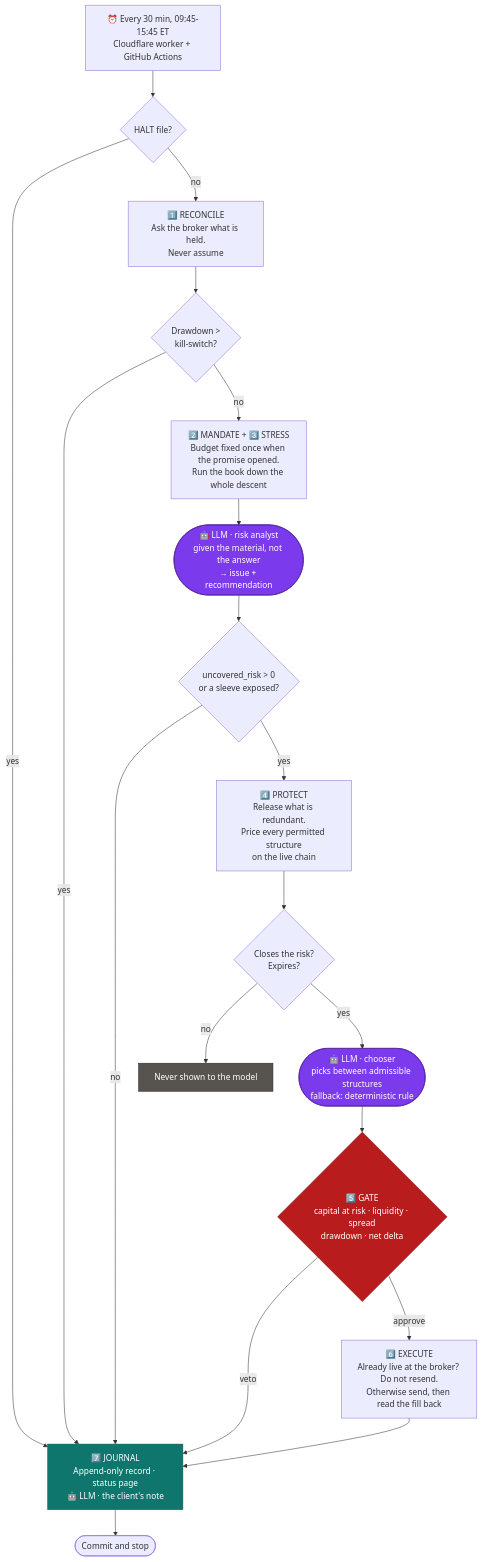
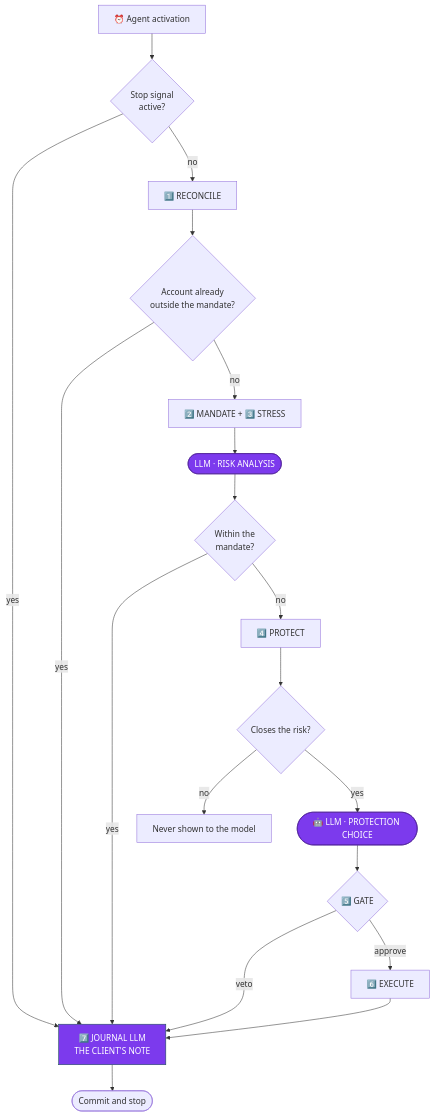
One commit to ol1ak5/Drawdown-Guard changed the diagram in README.md. Above: the diagram before and after it, drawn with Mermaid. The commit also changed other lines of this file, not shown here.

First line of the commit message:
README: fix the diagram, and put the day it worked in it

````diff
--- a/README.md
+++ b/README.md
@@ -293,36 +71,34 @@
 ```mermaid
 flowchart TD
-    CRON["⏰ Every 30 min, 09:45-15:45 ET<br/>Cloudflare worker + GitHub Actions"] --> HALT{HALT file?}
+    CRON["⏰ Agent activation"] --> HALT{Stop signal<br/>active?}
     HALT -- yes --> JOURNAL
     HALT -- no --> RECONCILE
 
-    RECONCILE["1️⃣ RECONCILE<br/>Ask the broker what is held.<br/>Never assume"] --> KILL{Drawdown ><br/>kill-switch?}
+    RECONCILE["1️⃣ RECONCILE"] --> KILL{Account already<br/>outside the mandate?}
     KILL -- yes --> JOURNAL
     KILL -- no --> MANDATE
 
-    MANDATE["2️⃣ MANDATE + 3️⃣ STRESS<br/>Budget fixed once when the promise opened.<br/>Run the book down the whole descent"] --> LLM1
-    LLM1(["🤖 LLM · risk analyst<br/>given the material, not the answer<br/>→ issue + recommendation"]) --> GAP{uncovered_risk > 0<br/>or a sleeve exposed?}
+    MANDATE["2️⃣ MANDATE + 3️⃣ STRESS"] --> LLM1
+    LLM1(["LLM · RISK ANALYSIS"]) --> GAP{Within the<br/>mandate?}
 
-    GAP -- no --> JOURNAL
-    GAP -- yes --> PROTECT
+    GAP -- yes --> JOURNAL
+    GAP -- no --> PROTECT
 
-    PROTECT["4️⃣ PROTECT<br/>Release what is redundant.<br/>Price every permitted structure<br/>on the live chain"] --> ELIGIBLE{Closes the risk?<br/>Expires?}
+    PROTECT["4️⃣ PROTECT"] --> ELIGIBLE{Closes the risk?}
     ELIGIBLE -- no --> DROP[Never shown to the model]
     ELIGIBLE -- yes --> LLM2
 
-    LLM2(["🤖 LLM · chooser<br/>picks between admissible structures<br/>fallback: deterministic rule"]) --> GATE
+    LLM2(["🤖 LLM · PROTECTION CHOICE"]) --> GATE
 
-    GATE{"5️⃣ GATE<br/>capital at risk · liquidity · spread<br/>drawdown · net delta"}
+    GATE{"5️⃣ GATE"}
     GATE -- veto --> JOURNAL
     GATE -- approve --> EXECUTE
 
-    EXECUTE["6️⃣ EXECUTE<br/>Already live at the broker? Do not resend.<br/>Otherwise send, then read the fill back"] --> JOURNAL
+    EXECUTE["6️⃣ EXECUTE"] --> JOURNAL
 
-    JOURNAL["7️⃣ JOURNAL<br/>Append-only record · status page<br/>🤖 LLM · the client's note"] --> END([Commit and stop])
+    JOURNAL["7️⃣ JOURNAL LLM<br/>THE CLIENT'S NOTE"] --> END([Commit and stop])
 
     style LLM1 fill:#7c3aed,stroke:#4c1d95,color:#fff
     style LLM2 fill:#7c3aed,stroke:#4c1d95,color:#fff
-    style JOURNAL fill:#0f766e,stroke:#134e4a,color:#fff
-    style GATE fill:#b91c1c,stroke:#7f1d1d,color:#fff
-    style DROP fill:#57534e,stroke:#292524,color:#fff
+    style JOURNAL fill:#7c3aed,stroke:#134e4a,color:#fff
 ```
````
